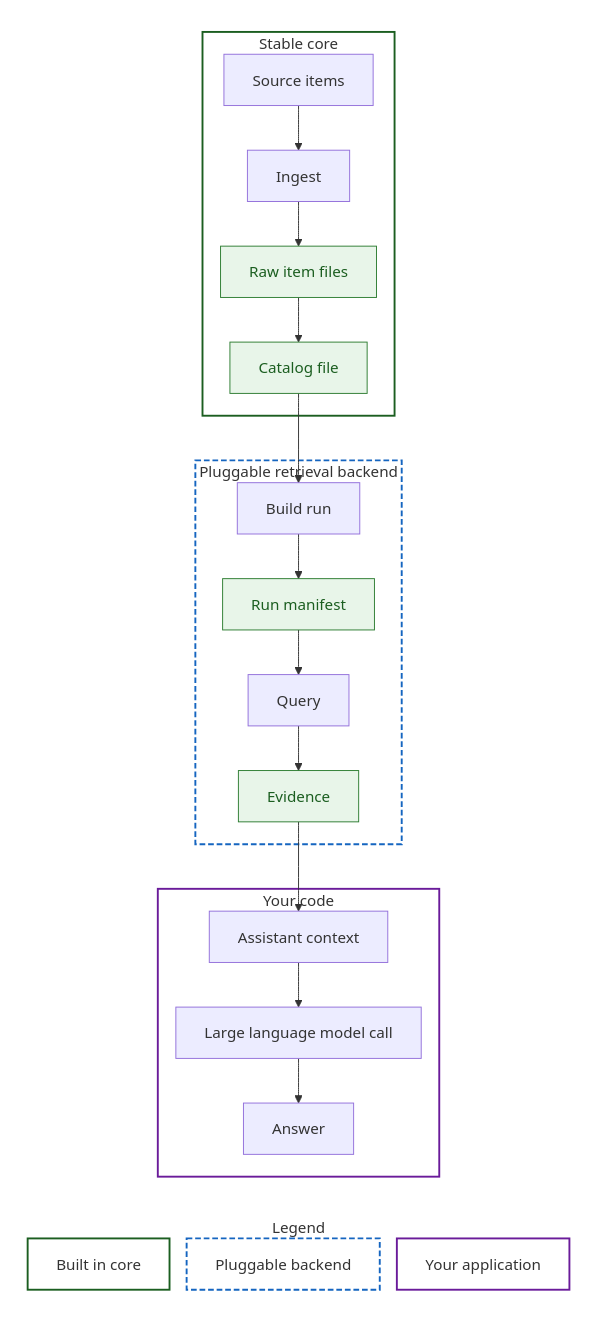
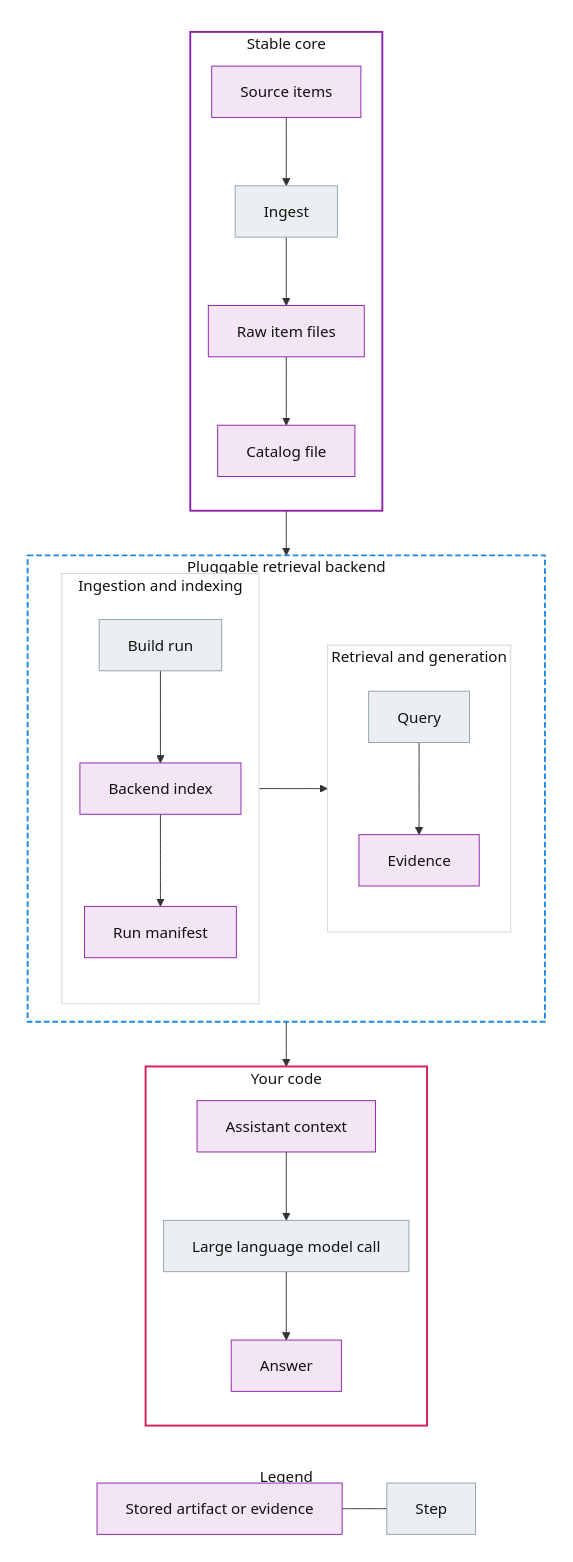
One commit to AnthusAI/Biblicus changed the diagram in README.md. Above: the diagram before and after it, drawn with Mermaid. The commit also changed other lines of this file and 47 other files, not shown here.

````diff
--- a/README.md
+++ b/README.md
@@ -37,49 +37,71 @@
 ```mermaid
 %%{init: {"flowchart": {"useMaxWidth": true, "nodeSpacing": 18, "rankSpacing": 22}}}%%
 flowchart LR
   subgraph Legend[Legend]
-    direction TB
-    LegendStable[Built in core]
-    LegendPluggable[Pluggable backend]
-    LegendYourCode[Your application]
+    direction LR
+    LegendArtifact[Stored artifact or evidence]
+    LegendStep[Step]
+    LegendArtifact --- LegendStep
   end
 
   subgraph Main[" "]
     direction TB
 
     subgraph StableCore[Stable core]
+      direction TB
       Source[Source items] --> Ingest[Ingest]
       Ingest --> Raw[Raw item files]
       Raw --> Catalog[Catalog file]
     end
 
     subgraph PluggableRetrievalBackend[Pluggable retrieval backend]
-      Build[Build run] --> Run[Run manifest]
-      Run --> Query[Query]
-      Query --> Evidence[Evidence]
+      direction LR
+
+      subgraph BackendIngestionIndexing[Ingestion and indexing]
+        direction TB
+        Catalog --> Build[Build run]
+        Build --> BackendIndex[Backend index]
+        BackendIndex --> Run[Run manifest]
+      end
+
+      subgraph BackendRetrievalGeneration[Retrieval and generation]
+        direction TB
+        Run --> Query[Query]
+        Query --> Evidence[Evidence]
+      end
     end
 
-    Catalog --> Build
     Evidence --> Context
 
     subgraph YourCode[Your code]
+      direction TB
       Context[Assistant context] --> Model[Large language model call]
       Model --> Answer[Answer]
     end
 
-    style StableCore fill:#ffffff,stroke:#1b5e20,stroke-width:2px
-    style PluggableRetrievalBackend fill:#ffffff,stroke:#1565c0,stroke-dasharray:6 3,stroke-width:2px
-    style YourCode fill:#ffffff,stroke:#6a1b9a,stroke-width:2px
+    style StableCore fill:#ffffff,stroke:#8e24aa,stroke-width:2px,color:#111111
+    style PluggableRetrievalBackend fill:#ffffff,stroke:#1e88e5,stroke-dasharray:6 3,stroke-width:2px,color:#111111
+    style YourCode fill:#ffffff,stroke:#d81b60,stroke-width:2px,color:#111111
+    style BackendIngestionIndexing fill:#ffffff,stroke:#cfd8dc,color:#111111
+    style BackendRetrievalGeneration fill:#ffffff,stroke:#cfd8dc,color:#111111
 
-    style Raw fill:#e8f5e9,stroke:#2e7d32,color:#1b5e20
-    style Catalog fill:#e8f5e9,stroke:#2e7d32,color:#1b5e20
-    style Run fill:#e8f5e9,stroke:#2e7d32,color:#1b5e20
-    style Evidence fill:#e8f5e9,stroke:#2e7d32,color:#1b5e20
+    style Raw fill:#f3e5f5,stroke:#8e24aa,color:#111111
+    style Catalog fill:#f3e5f5,stroke:#8e24aa,color:#111111
+    style BackendIndex fill:#f3e5f5,stroke:#8e24aa,color:#111111
+    style Run fill:#f3e5f5,stroke:#8e24aa,color:#111111
+    style Evidence fill:#f3e5f5,stroke:#8e24aa,color:#111111
+    style Context fill:#f3e5f5,stroke:#8e24aa,color:#111111
+    style Answer fill:#f3e5f5,stroke:#8e24aa,color:#111111
+    style Source fill:#f3e5f5,stroke:#8e24aa,color:#111111
+
+    style Ingest fill:#eceff1,stroke:#90a4ae,color:#111111
+    style Build fill:#eceff1,stroke:#90a4ae,color:#111111
+    style Query fill:#eceff1,stroke:#90a4ae,color:#111111
+    style Model fill:#eceff1,stroke:#90a4ae,color:#111111
   end
 
-  style Legend fill:#ffffff,stroke:#ffffff
-  style Main fill:#ffffff,stroke:#ffffff
-  style LegendStable fill:#ffffff,stroke:#1b5e20,stroke-width:2px
-  style LegendPluggable fill:#ffffff,stroke:#1565c0,stroke-dasharray:6 3,stroke-width:2px
-  style LegendYourCode fill:#ffffff,stroke:#6a1b9a,stroke-width:2px
+  style Legend fill:#ffffff,stroke:#ffffff,color:#111111
+  style Main fill:#ffffff,stroke:#ffffff,color:#111111
+  style LegendArtifact fill:#f3e5f5,stroke:#8e24aa,color:#111111
+  style LegendStep fill:#eceff1,stroke:#90a4ae,color:#111111
 ```
````
